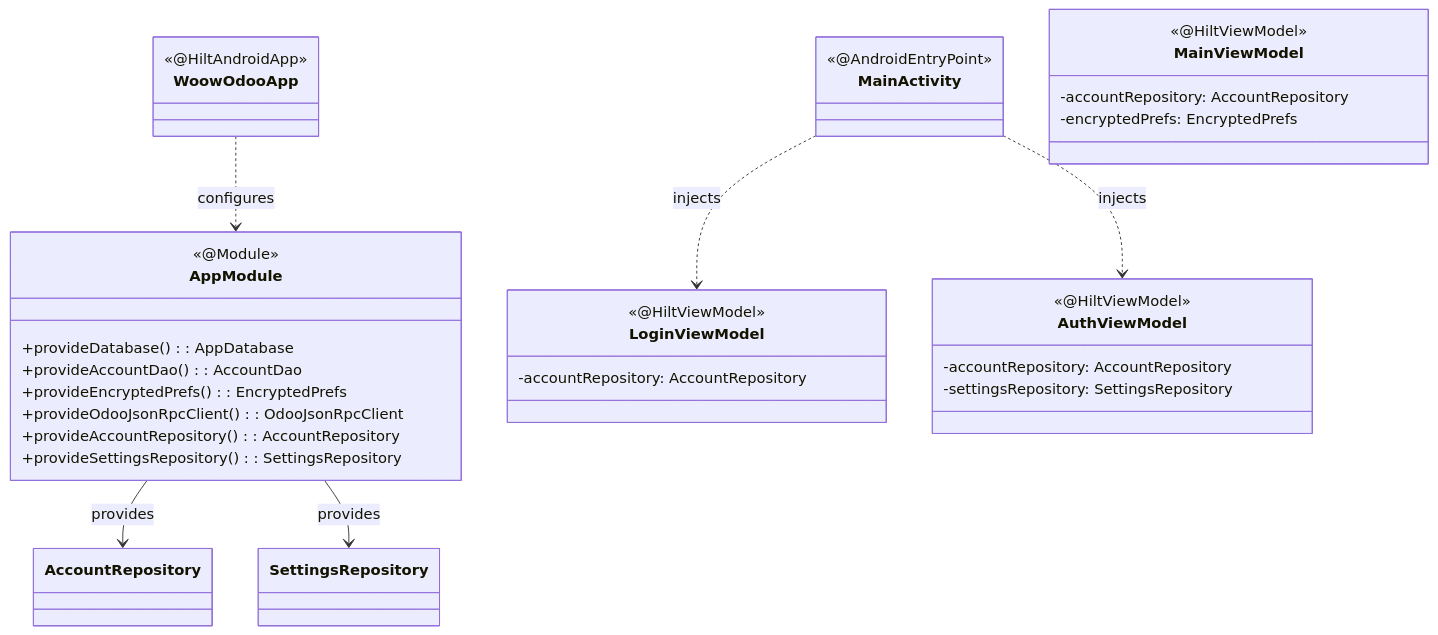
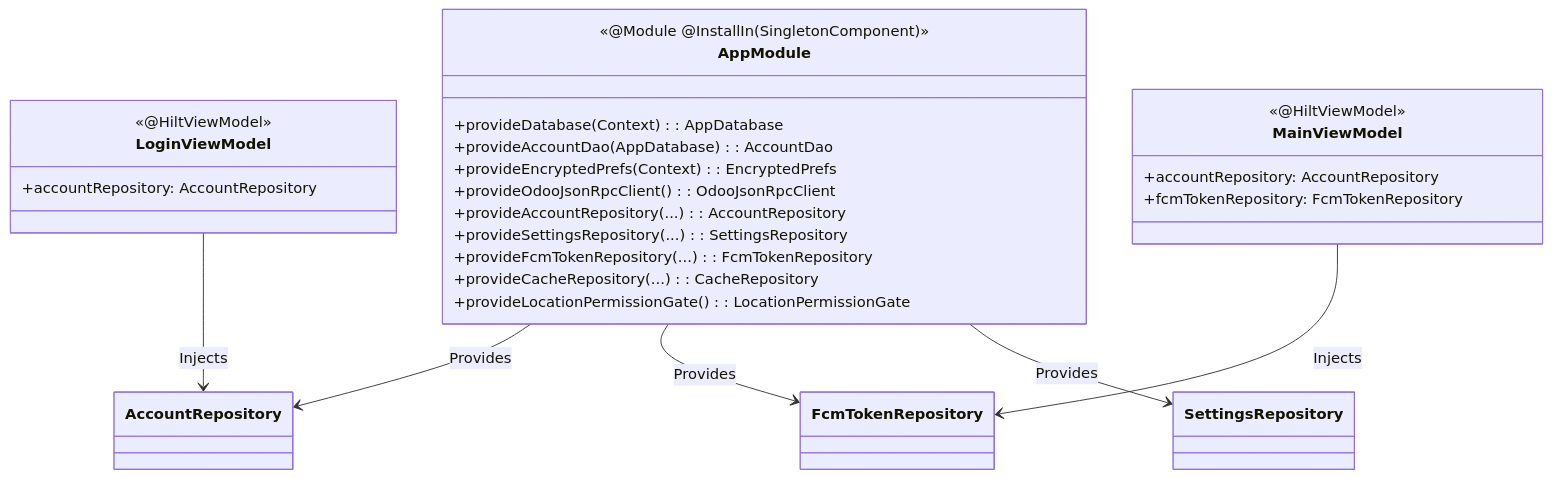
One commit to WOOWTECH/Woow_odoo_app changed diagram 17 of 22 in docs/architecture-overview.md. Above: the diagram before and after it, drawn with Mermaid. The commit also changed other lines of this file, not shown here.

First line of the commit message:
docs(arch): merge v1.4.1 architecture rewrite with audited legacy sections

````diff
--- a/docs/architecture-overview.md
+++ b/docs/architecture-overview.md
@@ -814,43 +998,32 @@
 ```mermaid
 classDiagram
-    class WoowOdooApp {
-        <<@HiltAndroidApp>>
-    }
-
-    class MainActivity {
-        <<@AndroidEntryPoint>>
-    }
-
     class AppModule {
-        <<@Module>>
-        +provideDatabase(): AppDatabase
-        +provideAccountDao(): AccountDao
-        +provideEncryptedPrefs(): EncryptedPrefs
+        <<@Module @InstallIn(SingletonComponent)>>
+        +provideDatabase(Context): AppDatabase
+        +provideAccountDao(AppDatabase): AccountDao
+        +provideEncryptedPrefs(Context): EncryptedPrefs
         +provideOdooJsonRpcClient(): OdooJsonRpcClient
-        +provideAccountRepository(): AccountRepository
-        +provideSettingsRepository(): SettingsRepository
+        +provideAccountRepository(...): AccountRepository
+        +provideSettingsRepository(...): SettingsRepository
+        +provideFcmTokenRepository(...): FcmTokenRepository
+        +provideCacheRepository(...): CacheRepository
+        +provideLocationPermissionGate(): LocationPermissionGate
     }
 
     class LoginViewModel {
         <<@HiltViewModel>>
-        -accountRepository: AccountRepository
-    }
-
-    class AuthViewModel {
-        <<@HiltViewModel>>
-        -accountRepository: AccountRepository
-        -settingsRepository: SettingsRepository
+        +accountRepository: AccountRepository
     }
 
     class MainViewModel {
         <<@HiltViewModel>>
-        -accountRepository: AccountRepository
-        -encryptedPrefs: EncryptedPrefs
+        +accountRepository: AccountRepository
+        +fcmTokenRepository: FcmTokenRepository
     }
 
-    WoowOdooApp ..> AppModule : configures
-    MainActivity ..> LoginViewModel : injects
-    MainActivity ..> AuthViewModel : injects
-    AppModule --> AccountRepository : provides
-    AppModule --> SettingsRepository : provides
+    AppModule --> AccountRepository : Provides
+    AppModule --> FcmTokenRepository : Provides
+    AppModule --> SettingsRepository : Provides
+    LoginViewModel --> AccountRepository : Injects
+    MainViewModel --> FcmTokenRepository : Injects
 ```
````
